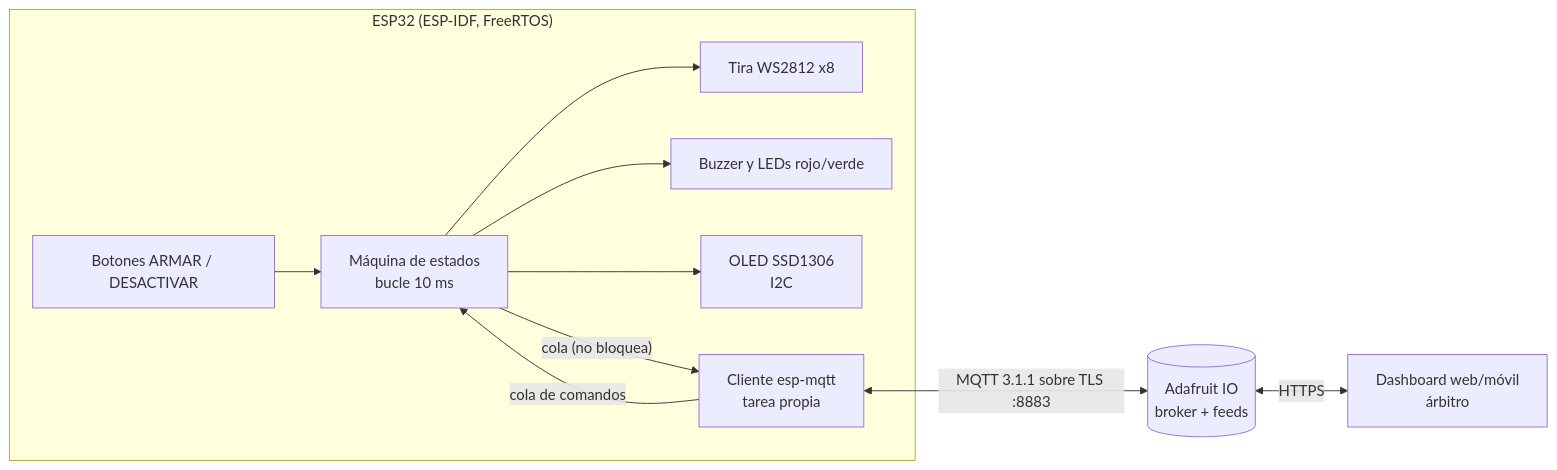
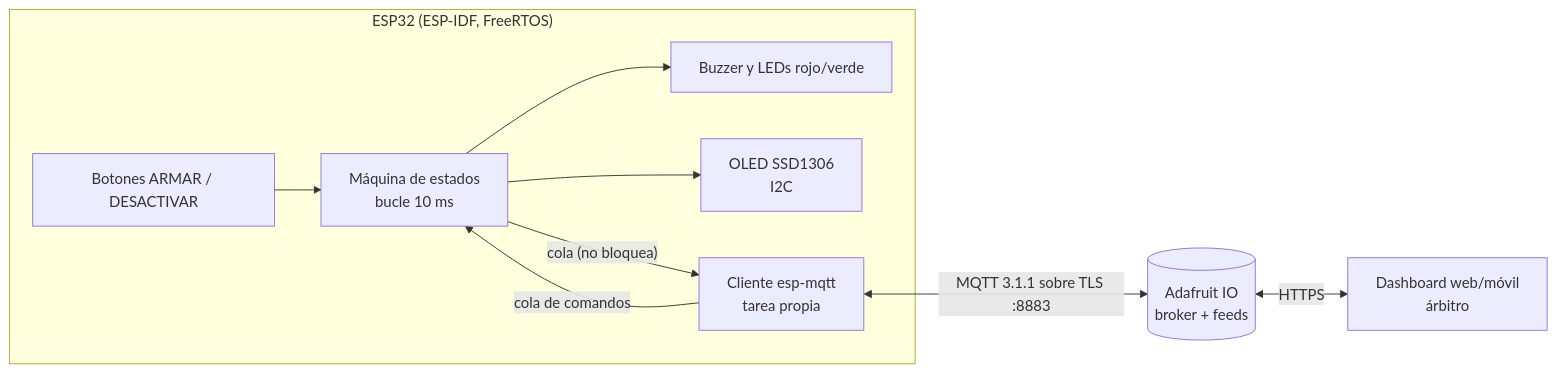
Before and after one commit to adrianbalderas373488/bomba-iot: the diagram in README.md, drawn with Mermaid. The commit also changed other lines of this file and 5 other files, not shown here.

````diff
--- a/README.md
+++ b/README.md
@@ -13,13 +12,12 @@
 ```mermaid
 flowchart LR
   subgraph ESP32["ESP32 (ESP-IDF, FreeRTOS)"]
     BTN[Botones ARMAR / DESACTIVAR] --> GAME[Máquina de estados<br/>bucle 10 ms]
-    GAME --> LED[Tira WS2812 x8]
     GAME --> BUZ[Buzzer y LEDs rojo/verde]
     GAME --> OLED[OLED SSD1306<br/>I2C]
     GAME -- "cola (no bloquea)" --> MQTTC[Cliente esp-mqtt<br/>tarea propia]
     MQTTC -- cola de comandos --> GAME
   end
   MQTTC <-- "MQTT 3.1.1 sobre TLS :8883" --> AIO[(Adafruit IO<br/>broker + feeds)]
   AIO <-- HTTPS --> DASH[Dashboard web/móvil<br/>árbitro]
 ```
````
